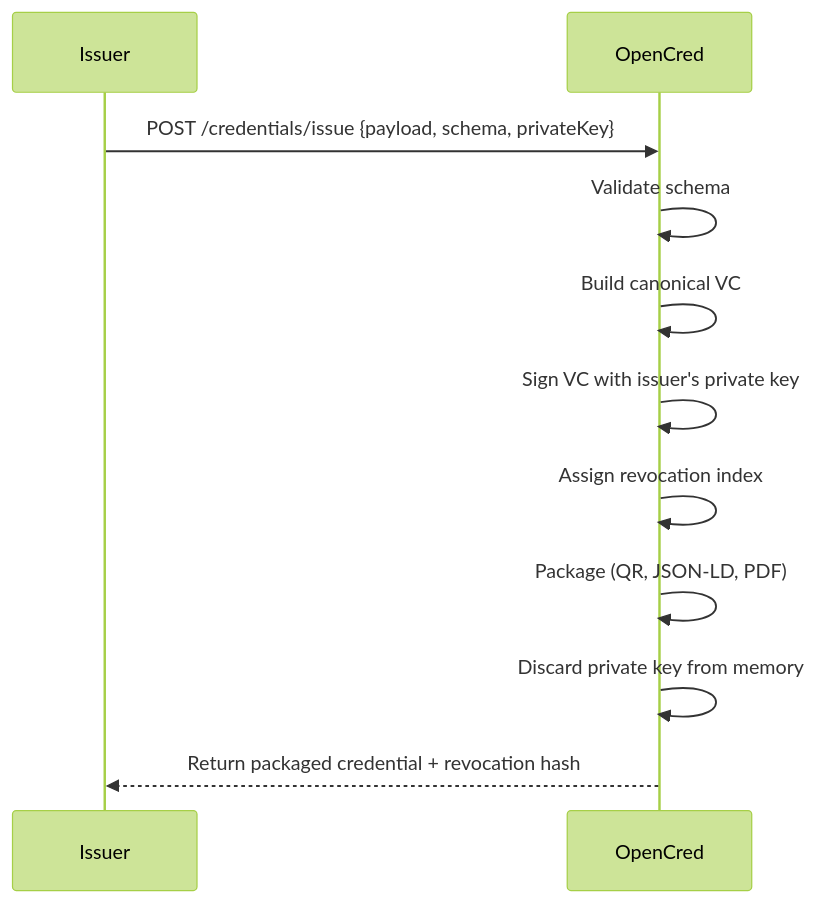
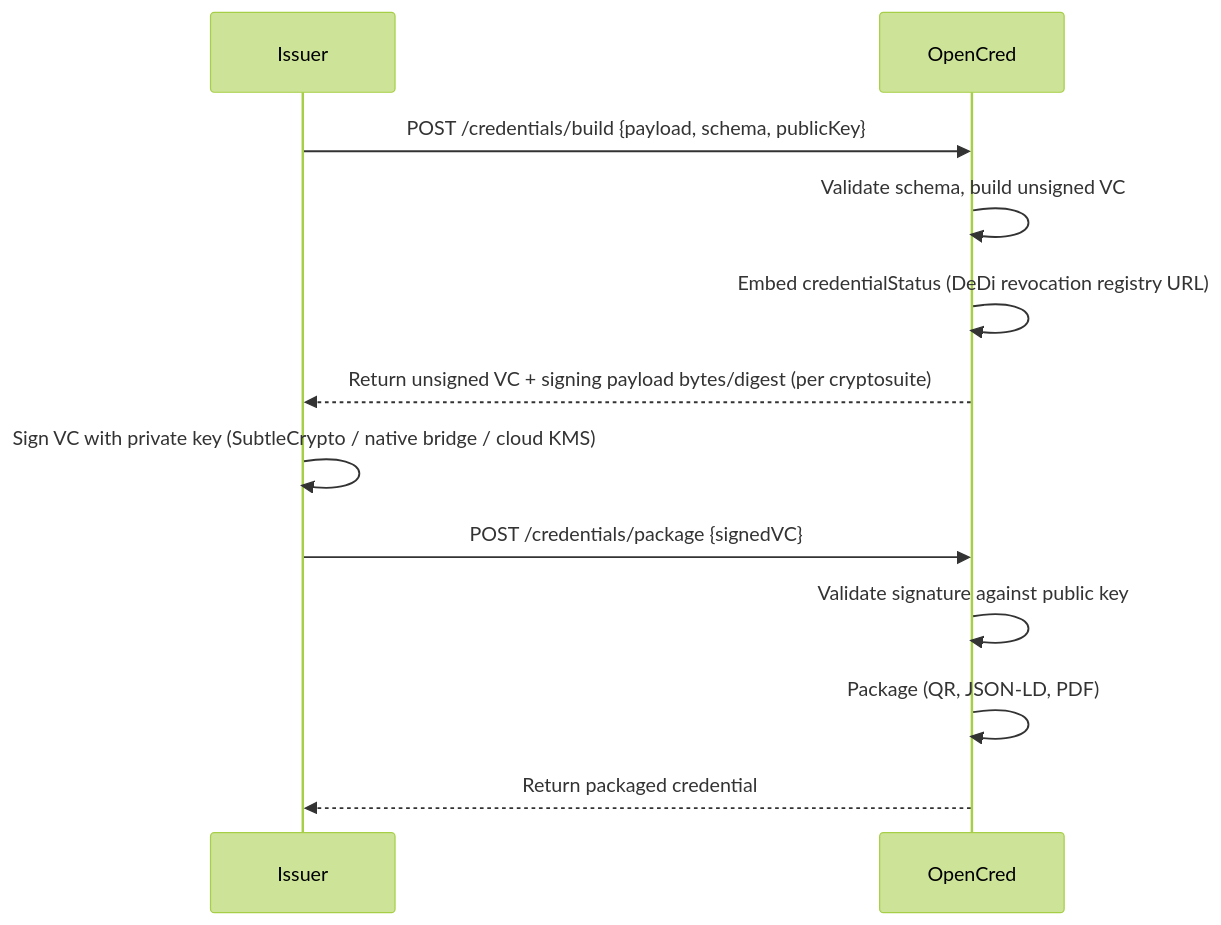
Before and after one commit to nfh-trust-labs/opencred: the second of 7 diagrams in OpenCred_PRD.md, drawn with Mermaid (forest theme). The commit also changed other lines of this file and 189 other files, not shown here.

````diff
--- a/OpenCred_PRD.md
+++ b/OpenCred_PRD.md
@@ -85,14 +282,15 @@
 ```mermaid
 sequenceDiagram
     participant Issuer
     participant OpenCred
 
-    Issuer->>OpenCred: POST /credentials/issue {payload, schema, privateKey}
-    OpenCred->>OpenCred: Validate schema
-    OpenCred->>OpenCred: Build canonical VC
-    OpenCred->>OpenCred: Sign VC with issuer's private key
-    OpenCred->>OpenCred: Assign revocation index
+    Issuer->>OpenCred: POST /credentials/build {payload, schema, publicKey}
+    OpenCred->>OpenCred: Validate schema, build unsigned VC
+    OpenCred->>OpenCred: Embed credentialStatus (DeDi revocation registry URL)
+    OpenCred-->>Issuer: Return unsigned VC + signing payload bytes/digest (per cryptosuite)
+    Issuer->>Issuer: Sign VC with private key (SubtleCrypto / native bridge / cloud KMS)
+    Issuer->>OpenCred: POST /credentials/package {signedVC}
+    OpenCred->>OpenCred: Validate signature against public key
     OpenCred->>OpenCred: Package (QR, JSON-LD, PDF)
-    OpenCred->>OpenCred: Discard private key from memory
-    OpenCred-->>Issuer: Return packaged credential + revocation hash
+    OpenCred-->>Issuer: Return packaged credential
 ```
````
